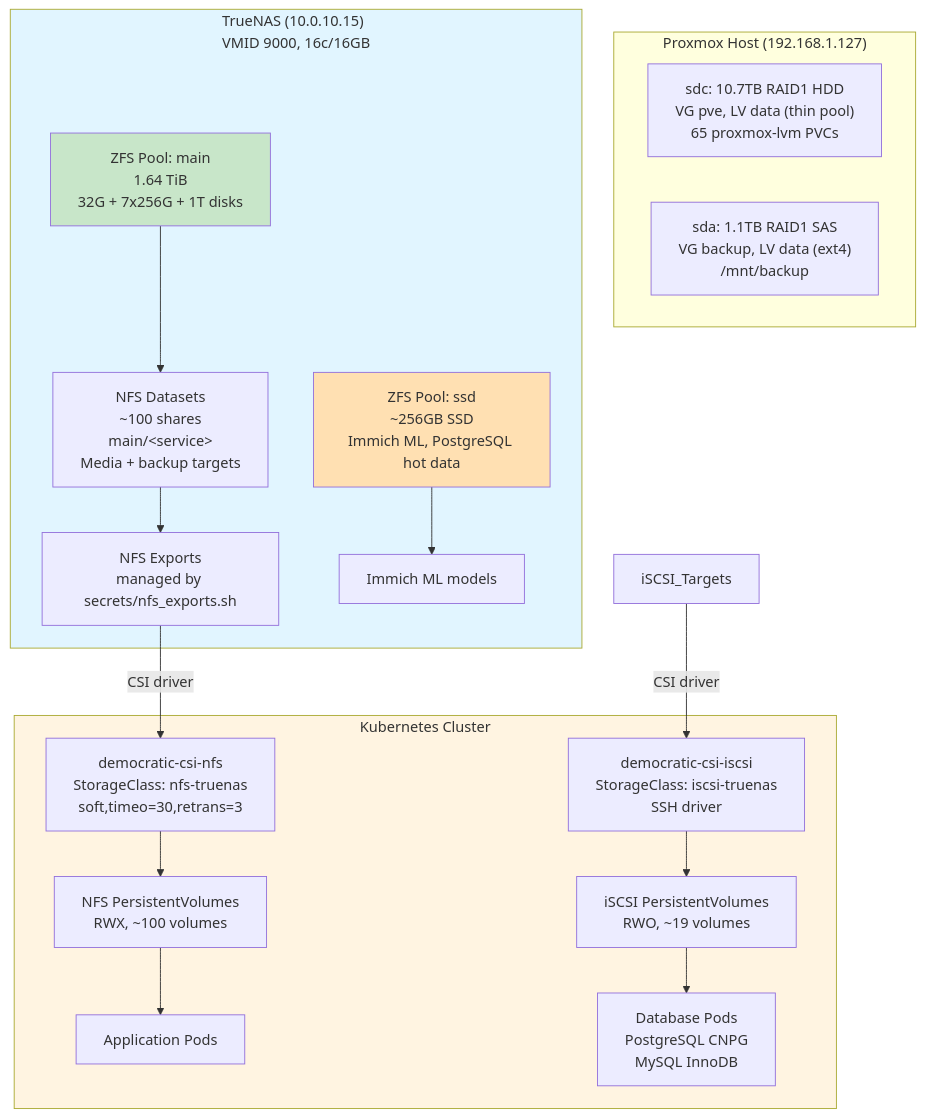
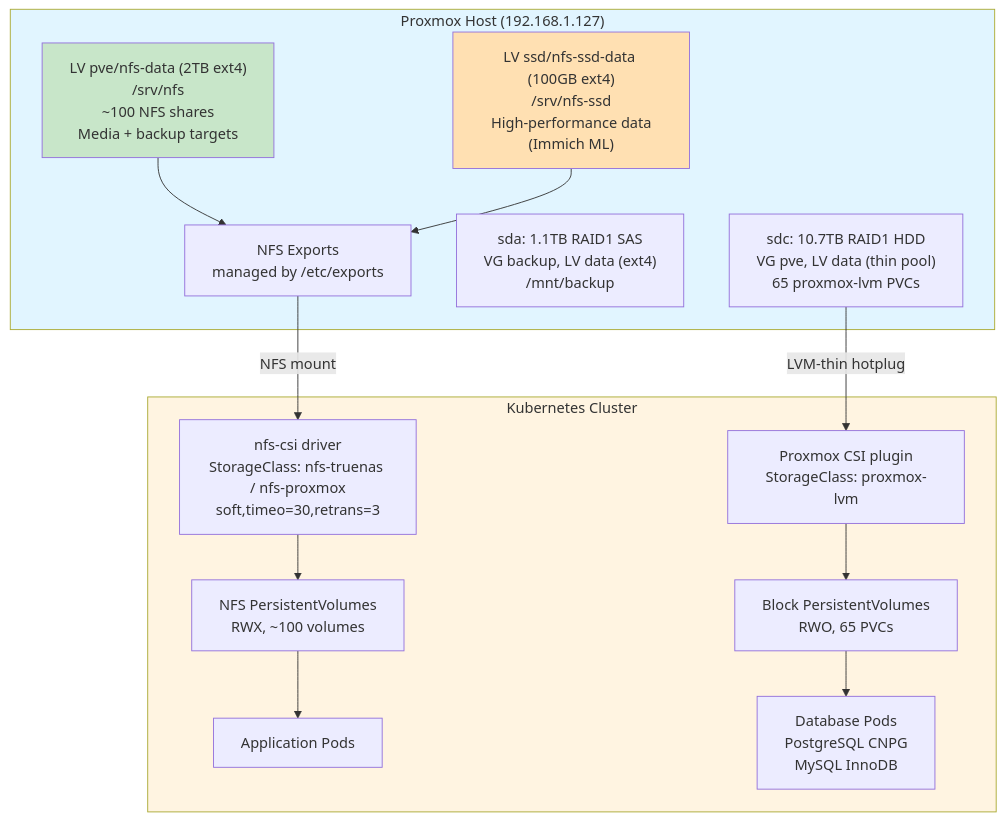
Before and after one commit to ViktorBarzin/infra: the diagram in docs/architecture/storage.md, drawn with Mermaid. The commit also changed other lines of this file and 19 other files, not shown here.

First line of the commit message:
deprecate TrueNAS: migrate Immich NFS to Proxmox, remove all 10.0.10.15 references [ci skip]

````diff
--- a/docs/architecture/storage.md
+++ b/docs/architecture/storage.md
@@ -19,43 +25,37 @@
 ```mermaid
 graph TB
     subgraph Proxmox["Proxmox Host (192.168.1.127)"]
         sdc["sdc: 10.7TB RAID1 HDD<br/>VG pve, LV data (thin pool)<br/>65 proxmox-lvm PVCs"]
         sda["sda: 1.1TB RAID1 SAS<br/>VG backup, LV data (ext4)<br/>/mnt/backup"]
-    end
-
-    subgraph TrueNAS["TrueNAS (10.0.10.15)<br/>VMID 9000, 16c/16GB"]
-        ZFS_Main["ZFS Pool: main<br/>1.64 TiB<br/>32G + 7x256G + 1T disks"]
-        ZFS_SSD["ZFS Pool: ssd<br/>~256GB SSD<br/>Immich ML, PostgreSQL hot data"]
-
-        ZFS_Main --> NFS_Datasets["NFS Datasets<br/>~100 shares<br/>main/&lt;service&gt;<br/>Media + backup targets"]
-
-        NFS_Datasets --> NFS_Exports["NFS Exports<br/>managed by secrets/nfs_exports.sh"]
-
-        ZFS_SSD --> SSD_Data["Immich ML models"]
+        NFS_HDD["LV pve/nfs-data (2TB ext4)<br/>/srv/nfs<br/>~100 NFS shares<br/>Media + backup targets"]
+        NFS_SSD["LV ssd/nfs-ssd-data (100GB ext4)<br/>/srv/nfs-ssd<br/>High-performance data<br/>(Immich ML)"]
+        NFS_Exports["NFS Exports<br/>managed by /etc/exports"]
+        NFS_HDD --> NFS_Exports
+        NFS_SSD --> NFS_Exports
     end
 
     subgraph K8s["Kubernetes Cluster"]
-        CSI_NFS["democratic-csi-nfs<br/>StorageClass: nfs-truenas<br/>soft,timeo=30,retrans=3"]
-        CSI_iSCSI["democratic-csi-iscsi<br/>StorageClass: iscsi-truenas<br/>SSH driver"]
+        CSI_NFS["nfs-csi driver<br/>StorageClass: nfs-truenas / nfs-proxmox<br/>soft,timeo=30,retrans=3"]
+        CSI_PVE["Proxmox CSI plugin<br/>StorageClass: proxmox-lvm"]
 
         NFS_PV["NFS PersistentVolumes<br/>RWX, ~100 volumes"]
-        iSCSI_PV["iSCSI PersistentVolumes<br/>RWO, ~19 volumes"]
+        Block_PV["Block PersistentVolumes<br/>RWO, 65 PVCs"]
 
         Pods["Application Pods"]
         DBPods["Database Pods<br/>PostgreSQL CNPG<br/>MySQL InnoDB"]
     end
 
-    NFS_Exports -->|CSI driver| CSI_NFS
-    iSCSI_Targets -->|CSI driver| CSI_iSCSI
+    NFS_Exports -->|NFS mount| CSI_NFS
+    sdc -->|LVM-thin hotplug| CSI_PVE
 
     CSI_NFS --> NFS_PV
-    CSI_iSCSI --> iSCSI_PV
+    CSI_PVE --> Block_PV
 
     NFS_PV --> Pods
-    iSCSI_PV --> DBPods
+    Block_PV --> DBPods
 
-    style TrueNAS fill:#e1f5ff
+    style Proxmox fill:#e1f5ff
     style K8s fill:#fff4e1
-    style ZFS_Main fill:#c8e6c9
-    style ZFS_SSD fill:#ffe0b2
+    style NFS_HDD fill:#c8e6c9
+    style NFS_SSD fill:#ffe0b2
 ```
````
